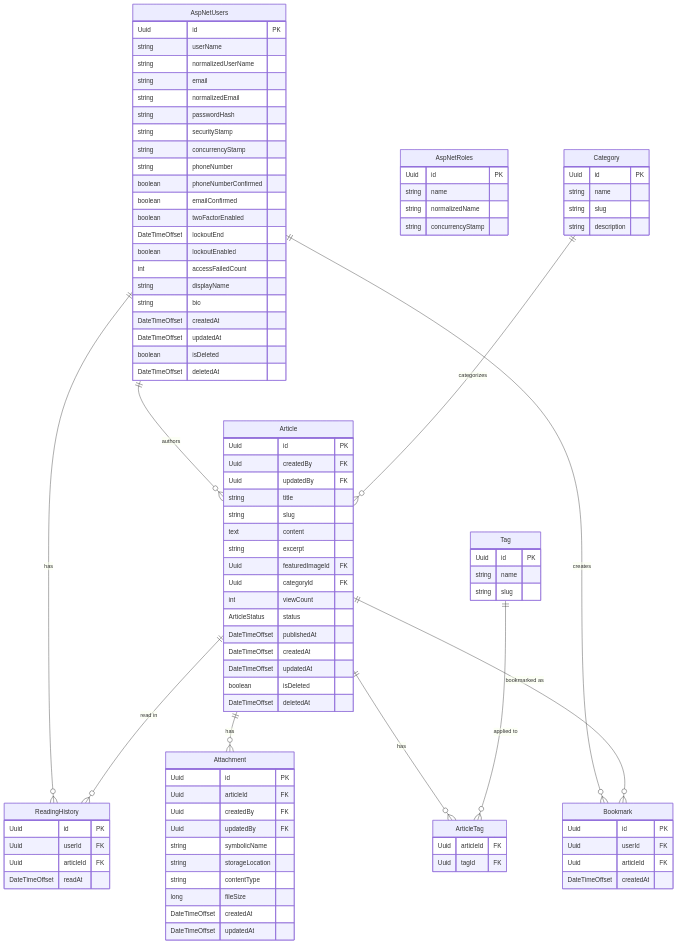
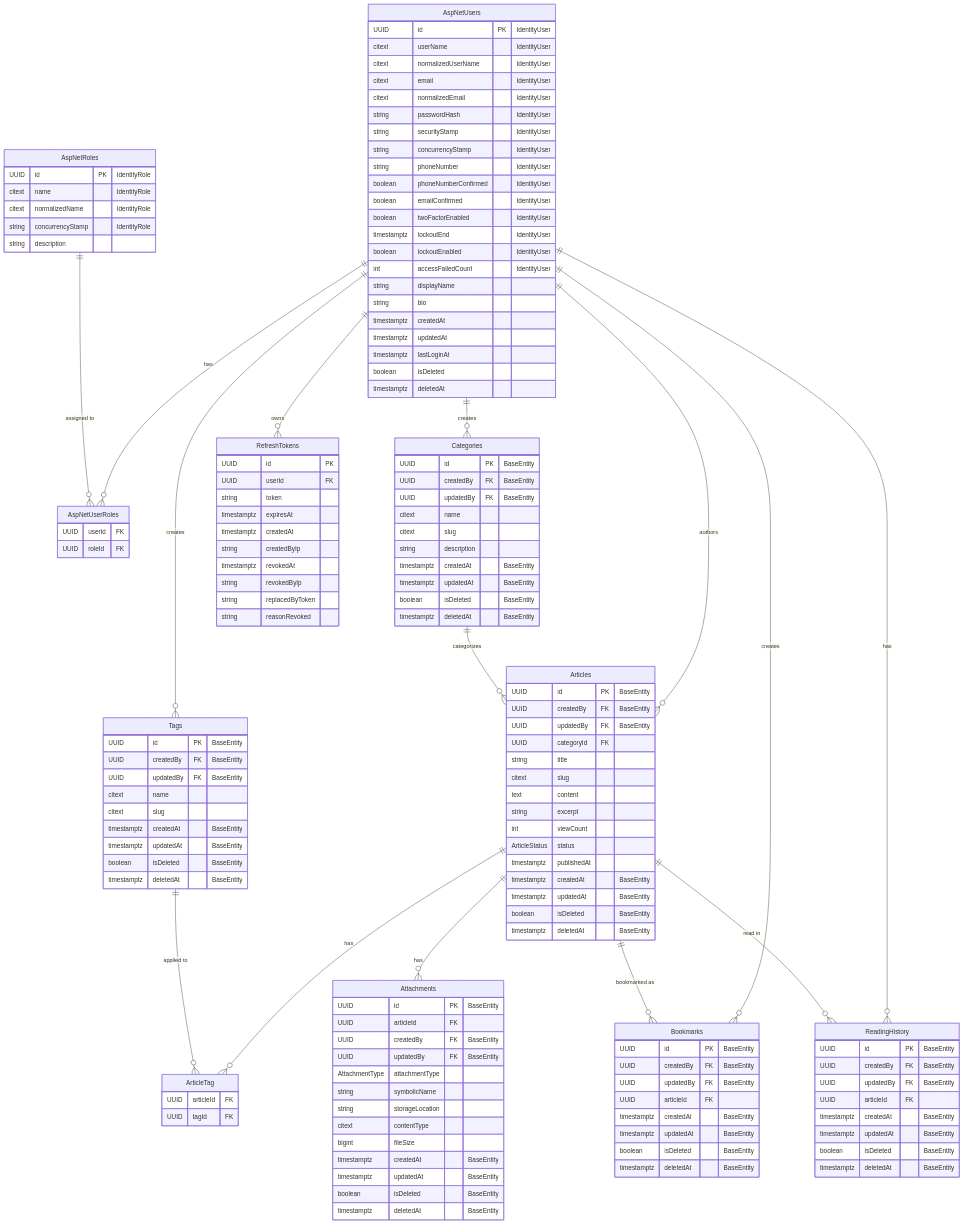
One commit to adrianhall/propulse-dotnet changed the fourth of 4 diagrams in project/phase-1/technical-specification.md. Above: the diagram before and after it, drawn with Mermaid. The commit also changed other lines of this file and 52 other files, not shown here.

````diff
--- a/project/phase-1/technical-specification.md
+++ b/project/phase-1/technical-specification.md
@@ -557,107 +557,154 @@
 ```mermaid
 erDiagram
     AspNetUsers {
-        Uuid id PK
-        string userName
-        string normalizedUserName
-        string email
-        string normalizedEmail
-        string passwordHash
-        string securityStamp
-        string concurrencyStamp
-        string phoneNumber
-        boolean phoneNumberConfirmed
-        boolean emailConfirmed
-        boolean twoFactorEnabled
-        DateTimeOffset lockoutEnd
-        boolean lockoutEnabled
-        int accessFailedCount
+        UUID id PK "IdentityUser"
+        citext userName "IdentityUser"
+        citext normalizedUserName "IdentityUser"
+        citext email "IdentityUser"
+        citext normalizedEmail "IdentityUser"
+        string passwordHash "IdentityUser"
+        string securityStamp "IdentityUser"
+        string concurrencyStamp "IdentityUser"
+        string phoneNumber "IdentityUser"
+        boolean phoneNumberConfirmed "IdentityUser"
+        boolean emailConfirmed "IdentityUser"
+        boolean twoFactorEnabled "IdentityUser"
+        timestamptz lockoutEnd "IdentityUser"
+        boolean lockoutEnabled "IdentityUser"
+        int accessFailedCount "IdentityUser"
         string displayName
         string bio
-        DateTimeOffset createdAt
-        DateTimeOffset updatedAt
+        timestamptz createdAt
+        timestamptz updatedAt
+        timestamptz lastLoginAt
         boolean isDeleted
-        DateTimeOffset deletedAt
+        timestamptz deletedAt
     }
     
     AspNetRoles {
-        Uuid id PK
-        string name
-        string normalizedName
-        string concurrencyStamp    
-    }
-    
-    Article {
-        Uuid id PK
-        Uuid createdBy FK
-        Uuid updatedBy FK
-        string title
-        string slug
-        text content        
-        string excerpt
-        Uuid featuredImageId FK
-        Uuid categoryId FK
-        int viewCount
-        ArticleStatus status
-        DateTimeOffset publishedAt
-        DateTimeOffset createdAt
-        DateTimeOffset updatedAt
-        boolean isDeleted
-        DateTimeOffset deletedAt
-    }
-    
-    Category {
-        Uuid id PK
-        string name
-        string slug
+        UUID id PK "IdentityRole"
+        citext name "IdentityRole"
+        citext normalizedName "IdentityRole"
+        string concurrencyStamp "IdentityRole"
         string description
     }
     
-    Tag {
-        Uuid id PK
-        string name
-        string slug
+    AspNetUserRoles {
+        UUID userId FK
+        UUID roleId FK
+    }
+    
+    Categories {
+        UUID id PK "BaseEntity"
+        UUID createdBy FK "BaseEntity"
+        UUID updatedBy FK "BaseEntity"
+        citext name
+        citext slug
+        string description
+        timestamptz createdAt "BaseEntity"
+        timestamptz updatedAt "BaseEntity"
+        boolean isDeleted "BaseEntity"
+        timestamptz deletedAt "BaseEntity"
+    }
+    
+    Tags {
+        UUID id PK "BaseEntity"
+        UUID createdBy FK "BaseEntity"
+        UUID updatedBy FK "BaseEntity"
+        citext name
+        citext slug
+        timestamptz createdAt "BaseEntity"
+        timestamptz updatedAt "BaseEntity"
+        boolean isDeleted "BaseEntity"
+        timestamptz deletedAt "BaseEntity"
+    }
+    
+    Articles {
+        UUID id PK "BaseEntity"
+        UUID createdBy FK "BaseEntity"
+        UUID updatedBy FK "BaseEntity"
+        UUID categoryId FK
+        string title
+        citext slug
+        text content
+        string excerpt
+        int viewCount
+        ArticleStatus status
+        timestamptz publishedAt
+        timestamptz createdAt "BaseEntity"
+        timestamptz updatedAt "BaseEntity"
+        boolean isDeleted "BaseEntity"
+        timestamptz deletedAt "BaseEntity"
     }
     
     ArticleTag {
-        Uuid articleId FK
-        Uuid tagId FK
+        UUID articleId FK
+        UUID tagId FK
     }
     
-    Bookmark {
-        Uuid id PK
-        Uuid userId FK
-        Uuid articleId FK
-        DateTimeOffset createdAt
+    Attachments {
+        UUID id PK "BaseEntity"
+        UUID articleId FK
+        UUID createdBy FK "BaseEntity"
+        UUID updatedBy FK "BaseEntity"
+        AttachmentType attachmentType
+        string symbolicName
+        string storageLocation
+        citext contentType
+        bigint fileSize
+        timestamptz createdAt "BaseEntity"
+        timestamptz updatedAt "BaseEntity"
+        boolean isDeleted "BaseEntity"
+        timestamptz deletedAt "BaseEntity"
+    }
+    
+    Bookmarks {
+        UUID id PK "BaseEntity"
+        UUID createdBy FK "BaseEntity"
+        UUID updatedBy FK "BaseEntity"
+        UUID articleId FK
+        timestamptz createdAt "BaseEntity"
+        timestamptz updatedAt "BaseEntity"
+        boolean isDeleted "BaseEntity"
+        timestamptz deletedAt "BaseEntity"
     }
     
     ReadingHistory {
-        Uuid id PK
-        Uuid userId FK
-        Uuid articleId FK
-        DateTimeOffset readAt
+        UUID id PK "BaseEntity"
+        UUID createdBy FK "BaseEntity"
+        UUID updatedBy FK "BaseEntity"
+        UUID articleId FK
+        timestamptz createdAt "BaseEntity"
+        timestamptz updatedAt "BaseEntity"
+        boolean isDeleted "BaseEntity"
+        timestamptz deletedAt "BaseEntity"
     }
     
-    Attachment {
-        Uuid id PK
-        Uuid articleId FK
-        Uuid createdBy FK
-        Uuid updatedBy FK
-        string symbolicName
-        string storageLocation
-        string contentType
-        long fileSize
-        DateTimeOffset createdAt
-        DateTimeOffset updatedAt
+    RefreshTokens {
+        UUID id PK
+        UUID userId FK
+        string token
+        timestamptz expiresAt
+        timestamptz createdAt
+        string createdByIp
+        timestamptz revokedAt
+        string revokedByIp
+        string replacedByToken
+        string reasonRevoked
     }
     
-    AspNetUsers ||--o{ Article : "authors"
-    Category ||--o{ Article : "categorizes"
-    AspNetUsers ||--o{ Bookmark : "creates"
+    AspNetUsers ||--o{ AspNetUserRoles : "has"
+    AspNetRoles ||--o{ AspNetUserRoles : "assigned to"
+    AspNetUsers ||--o{ Articles : "authors"
+    AspNetUsers ||--o{ Categories : "creates"
+    AspNetUsers ||--o{ Tags : "creates"
+    Categories ||--o{ Articles : "categorizes"
+    AspNetUsers ||--o{ Bookmarks : "creates"
     AspNetUsers ||--o{ ReadingHistory : "has"
-    Article ||--o{ ArticleTag : "has"
-    Tag ||--o{ ArticleTag : "applied to"
-    Article ||--o{ Bookmark : "bookmarked as"
-    Article ||--o{ ReadingHistory : "read in"
-    Article ||--o{ Attachment : "has"
+    Articles ||--o{ ArticleTag : "has"
+    Tags ||--o{ ArticleTag : "applied to"
+    Articles ||--o{ Bookmarks : "bookmarked as"
+    Articles ||--o{ ReadingHistory : "read in"
+    Articles ||--o{ Attachments : "has"
+    AspNetUsers ||--o{ RefreshTokens : "owns"
 ```
````
